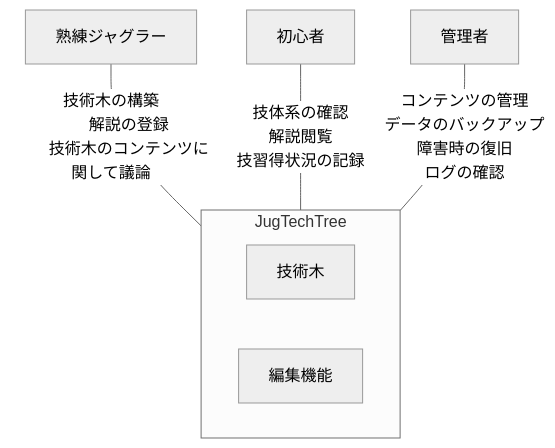
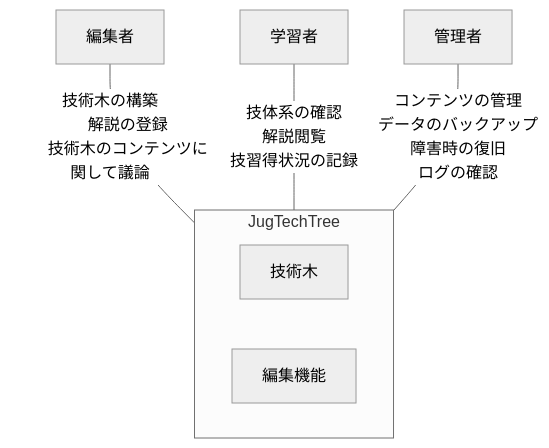
One commit to pghk57/JugTechTree changed the diagram in docs/overview/overall_view.md. Above: the diagram before and after it, drawn with Mermaid (neutral theme). The commit also changed other lines of this file and 3 other files, not shown here.

````diff
--- a/docs/overview/overall_view.md
+++ b/docs/overview/overall_view.md
@@ -3,18 +3,18 @@
 ```mermaid
 graph TD;
     subgraph JugTechTree
         技術木
         編集機能
     end
 
-    M[熟練ジャグラー] -- 技術木の構築
+    M[編集者] -- 技術木の構築
         解説の登録
         技術木のコンテンツに関して議論 --- JugTechTree;
-    B[初心者] -- 技体系の確認
+    B[学習者] -- 技体系の確認
         解説閲覧 
         技習得状況の記録 --- JugTechTree;
     A[管理者] -- コンテンツの管理
         データのバックアップ
         障害時の復旧
         ログの確認 --- JugTechTree;
 ```
````
